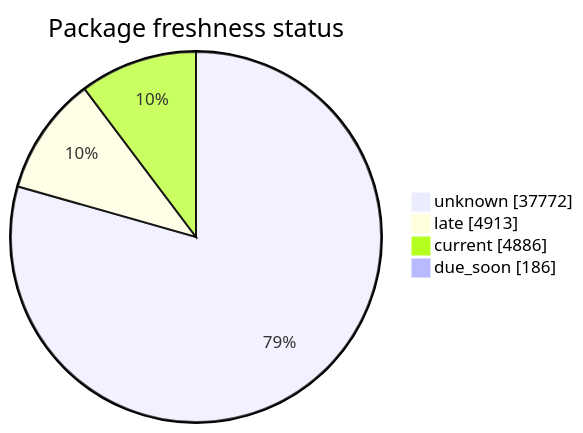
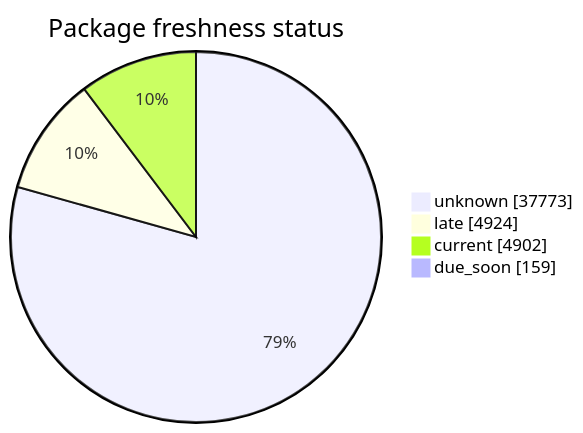
The second of 5 diagrams in FreshCheck/README.md (open-data/analytics-corporate-reporting), drawn with Mermaid before and after one commit. The commit also changed other lines of this file and 3 other files, not shown here.

````diff
--- a/FreshCheck/README.md
+++ b/FreshCheck/README.md
@@ -68,7 +68,7 @@
 ```mermaid
 pie showData title Package freshness status
-    "unknown": 37772
-    "late": 4913
-    "current": 4886
-    "due_soon": 186
+    "unknown": 37773
+    "late": 4924
+    "current": 4902
+    "due_soon": 159
 ```
````
